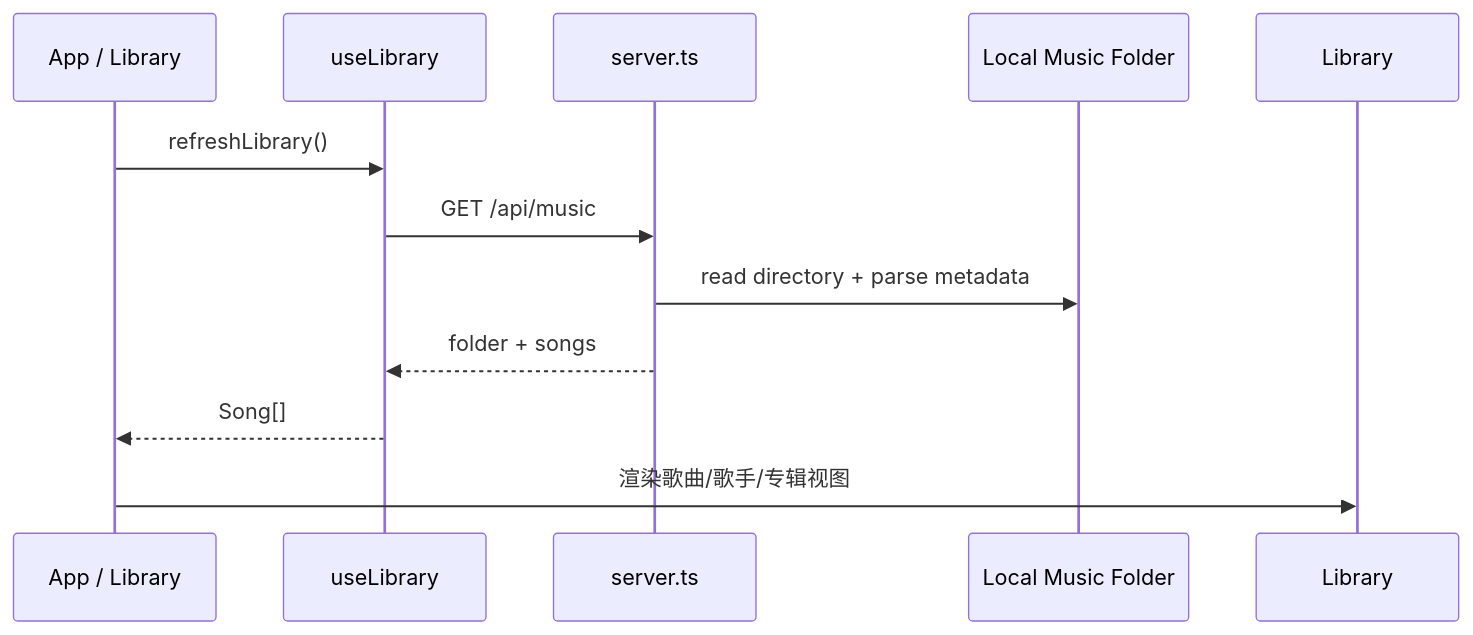
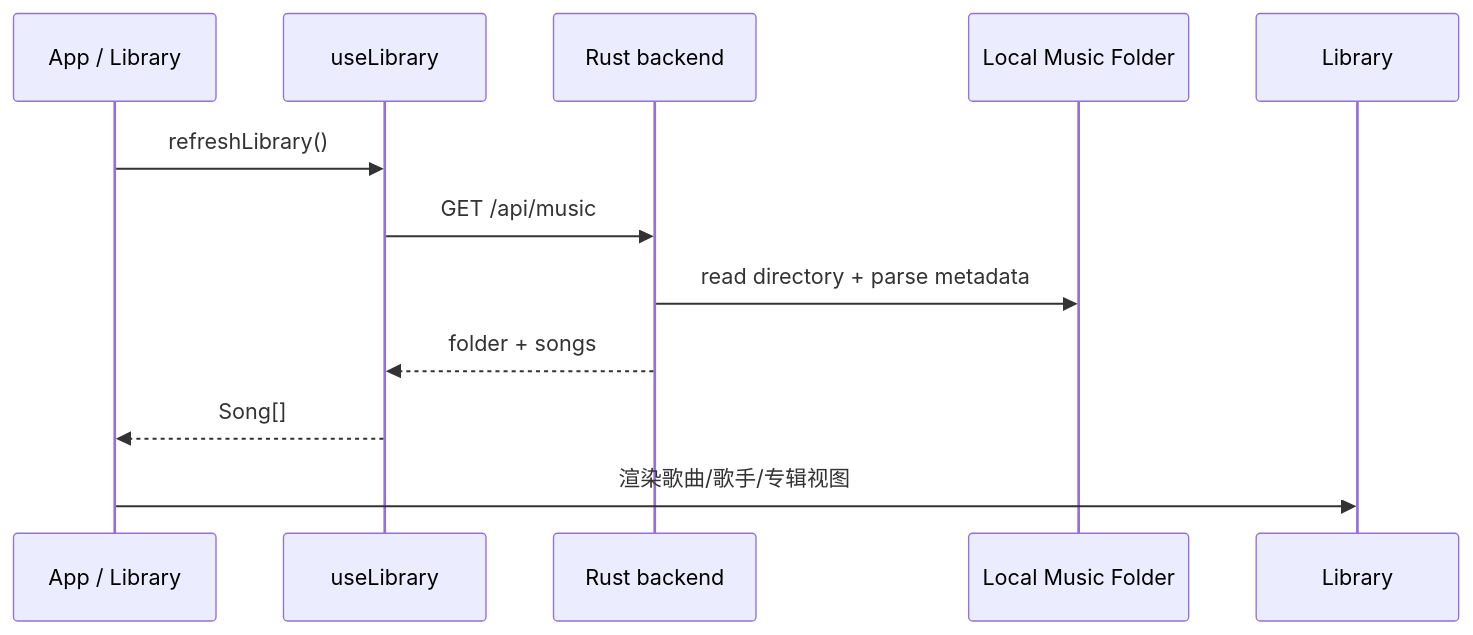
The third of 4 diagrams in DOCUMENT.md (LingYuWings/Radiflow-Player), drawn with Mermaid before and after one commit. The commit also changed other lines of this file and 29 other files, not shown here.

First line of the commit message:
Integrate Rust backend and update docs

````diff
--- a/DOCUMENT.md
+++ b/DOCUMENT.md
@@ -463,14 +499,14 @@
 ```mermaid
 sequenceDiagram
   participant UI as App / Library
   participant Hook as useLibrary
-  participant API as server.ts
+  participant API as Rust backend
   participant FS as Local Music Folder
 
   UI->>Hook: refreshLibrary()
   Hook->>API: GET /api/music
   API->>FS: read directory + parse metadata
   API-->>Hook: folder + songs
   Hook-->>UI: Song[]
   UI->>Library: 渲染歌曲/歌手/专辑视图
 ```
````
